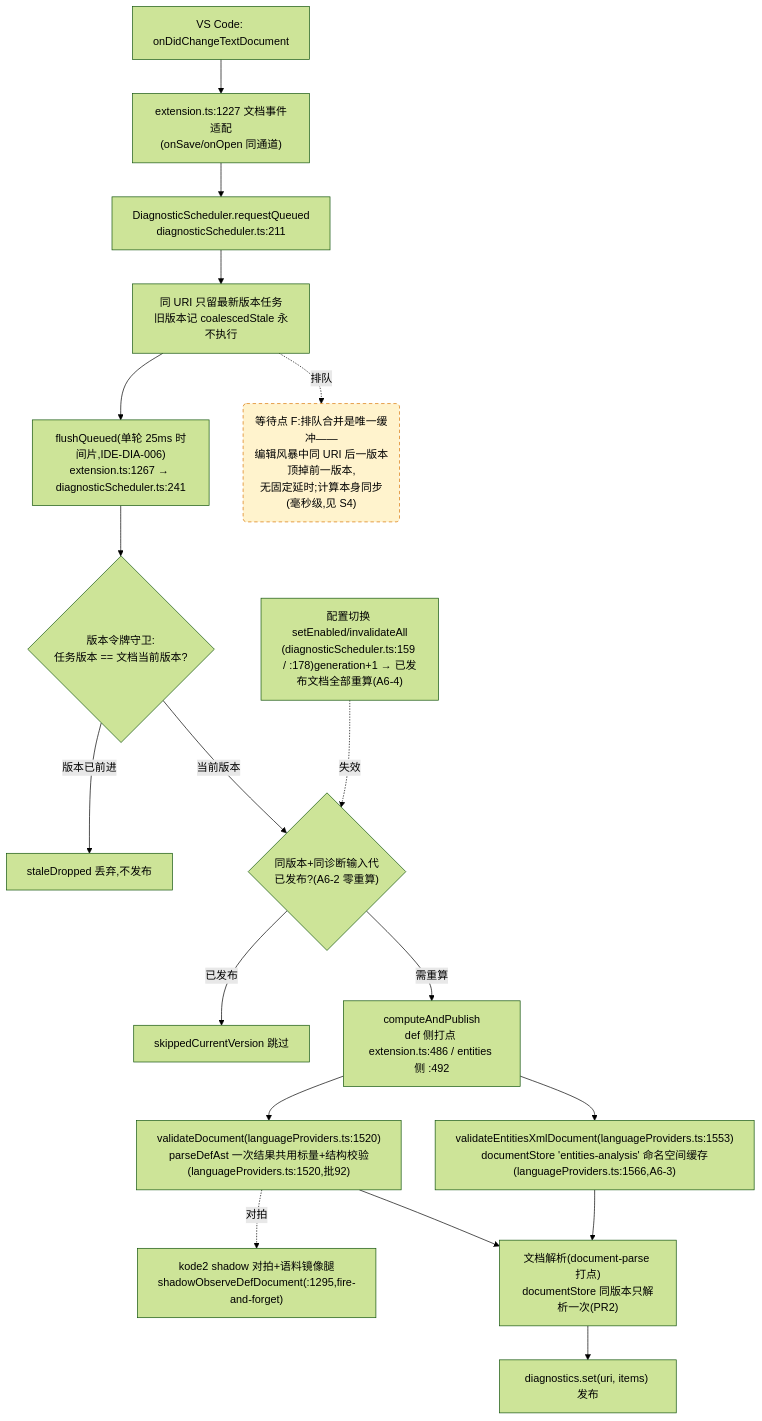
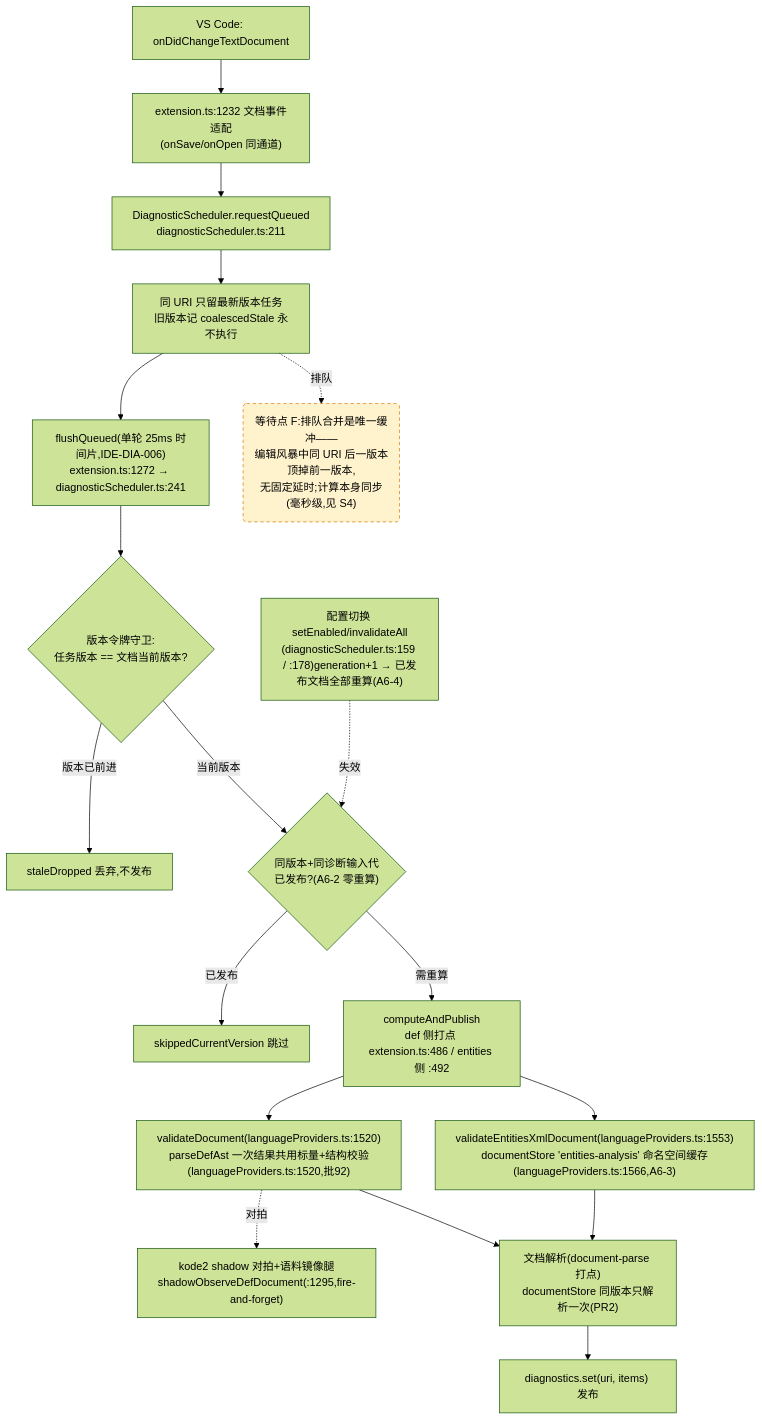
The fourth of 4 diagrams in docs/perf/2026-baseline.md (cuihairu/kode), drawn with Mermaid (forest theme) before and after one commit. The commit also changed 2 other files, not shown here.

Commit message:
docs: mark aud-036 fixed and sync anchor baseline

````diff
--- a/docs/perf/2026-baseline.md
+++ b/docs/perf/2026-baseline.md
@@ -214,38 +214,38 @@
 ```mermaid
 flowchart TD
   CHG["VS Code: onDidChangeTextDocument"]
-  WATCH["extension.ts:1227 文档事件适配<br/>(onSave/onOpen 同通道)"]
+  WATCH["extension.ts:1232 文档事件适配<br/>(onSave/onOpen 同通道)"]
   RQ["DiagnosticScheduler.requestQueued<br/>diagnosticScheduler.ts:211"]
   CO["同 URI 只留最新版本任务<br/>旧版本记 coalescedStale 永不执行"]
-  FL["flushQueued(单轮 25ms 时间片,IDE-DIA-006)<br/>extension.ts:1267 → diagnosticScheduler.ts:241"]
+  FL["flushQueued(单轮 25ms 时间片,IDE-DIA-006)<br/>extension.ts:1272 → diagnosticScheduler.ts:241"]
   VG{"版本令牌守卫:<br/>任务版本 == 文档当前版本?"}
   DROP["staleDropped 丢弃,不发布"]
   GEN{"同版本+同诊断输入代<br/>已发布?(A6-2 零重算)"}
   SKIP["skippedCurrentVersion 跳过"]
   CALC["computeAndPublish<br/>def 侧打点 extension.ts:486 / entities 侧 :492"]
   VD["validateDocument(languageProviders.ts:1520)<br/>parseDefAst 一次结果共用标量+结构校验(languageProviders.ts:1520,批92)"]
   VEX["validateEntitiesXmlDocument(languageProviders.ts:1553)<br/>documentStore 'entities-analysis' 命名空间缓存(languageProviders.ts:1566,A6-3)"]
   SHDD["kode2 shadow 对拍+语料镜像腿<br/>shadowObserveDefDocument(:1295,fire-and-forget)"]
   DS["文档解析(document-parse 打点)<br/>documentStore 同版本只解析一次(PR2)"]
   PUB["diagnostics.set(uri, items) 发布"]
   CFG2["配置切换 setEnabled/invalidateAll<br/>(diagnosticScheduler.ts:159 / :178)generation+1 → 已发布文档全部重算(A6-4)"]
 
   CHG --> WATCH --> RQ --> CO --> FL --> VG
   VG -- "版本已前进" --> DROP
   VG -- "当前版本" --> GEN
   GEN -- "已发布" --> SKIP
   GEN -- "需重算" --> CALC
   CALC --> VD
   CALC --> VEX
   VD --> DS
   VEX --> DS
   DS --> PUB
   VD -.->|对拍| SHDD
   CFG2 -.->|失效| GEN
 
   WAITF("等待点 F:排队合并是唯一缓冲——<br/>编辑风暴中同 URI 后一版本顶掉前一版本,<br/>无固定延时;计算本身同步(毫秒级,见 S4)")
   CO -.->|排队| WAITF
 
   classDef waitPoint fill:#fff3cd,stroke:#d97706,stroke-dasharray:5 4;
   class WAITF waitPoint;
 ```
````
